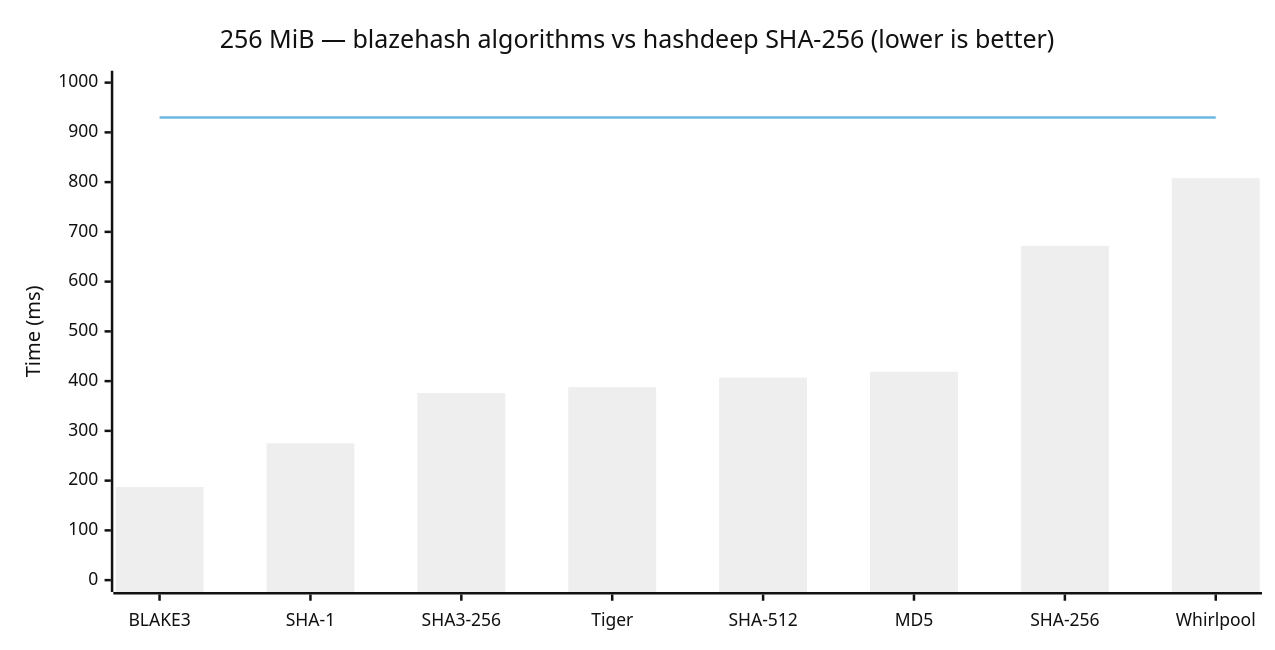
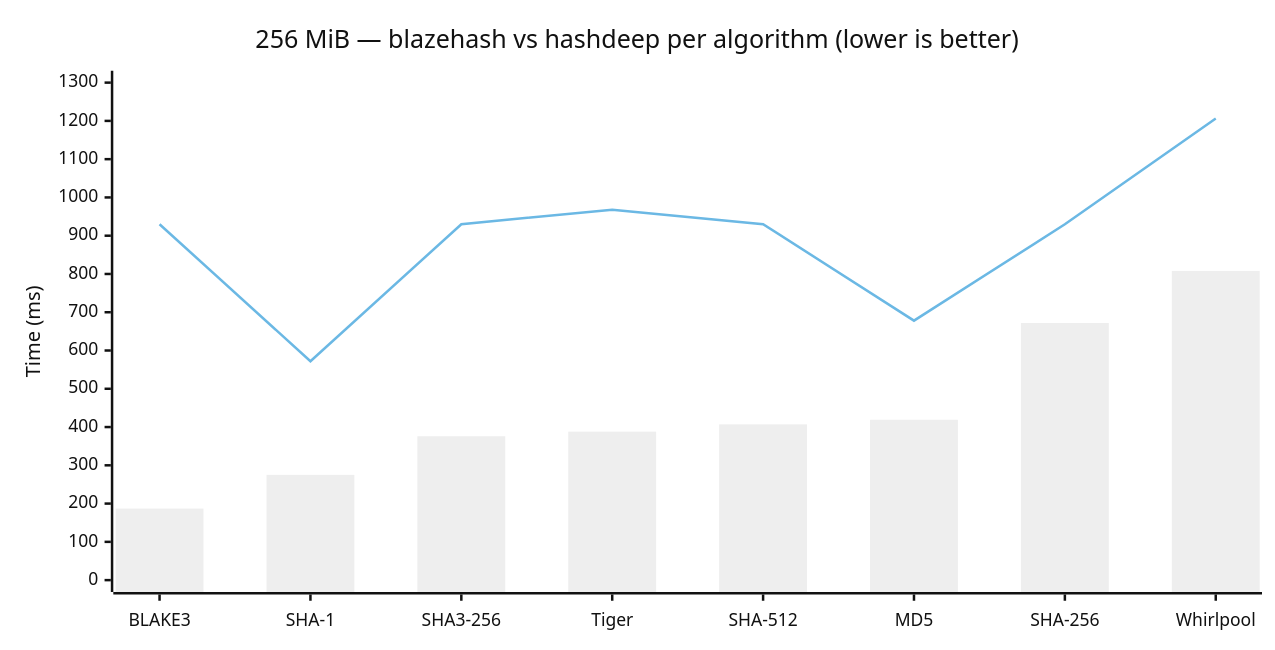
The fifth of 5 diagrams in docs/benchmarks.md (SecurityRonin/blazehash), drawn with Mermaid (neutral theme) before and after one commit. The commit also changed other lines of this file, not shown here.

Commit message:
docs: use actual hashdeep per-algorithm times in BLAKE3 chart line
The hashdeep line now reflects real measured performance per algorithm
(SHA-1: 572ms, MD5: 678ms, SHA-256: 930ms, Tiger: 968ms, Whirlpool:
1206ms). For algorithms hashdeep doesn't support (BLAKE3, SHA3-256,
SHA-512), the line shows hashdeep SHA-256 as the nearest equivalent.

````diff
--- a/docs/benchmarks.md
+++ b/docs/benchmarks.md
@@ -157,13 +157,13 @@
 ```mermaid
 ---
 config:
     xyChart:
         width: 1000
 ---
 xychart-beta
-    title "256 MiB — blazehash algorithms vs hashdeep SHA-256 (lower is better)"
+    title "256 MiB — blazehash vs hashdeep per algorithm (lower is better)"
     x-axis ["BLAKE3", "SHA-1", "SHA3-256", "Tiger", "SHA-512", "MD5", "SHA-256", "Whirlpool"]
-    y-axis "Time (ms)" 0 --> 1000
+    y-axis "Time (ms)" 0 --> 1300
     bar "blazehash" [187, 275, 376, 388, 407, 419, 672, 808]
-    line "hashdeep SHA-256" [930, 930, 930, 930, 930, 930, 930, 930]
+    line "hashdeep" [930, 572, 930, 968, 930, 678, 930, 1206]
 ```
````
